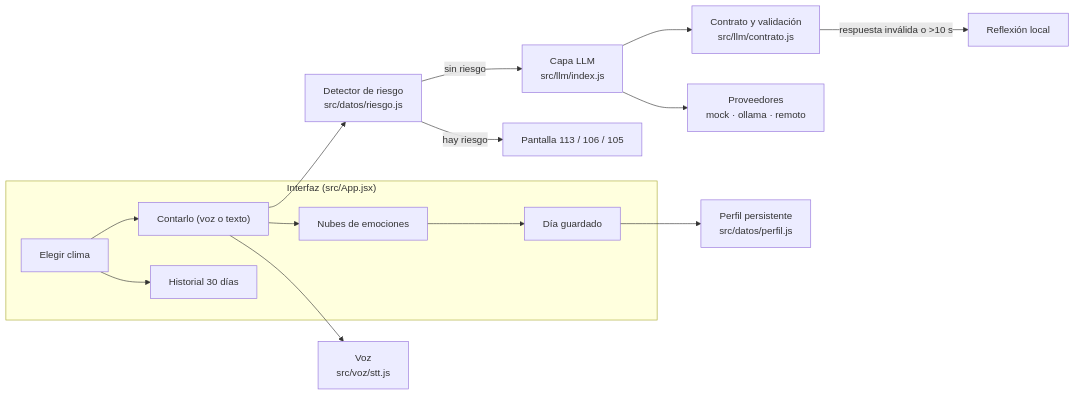
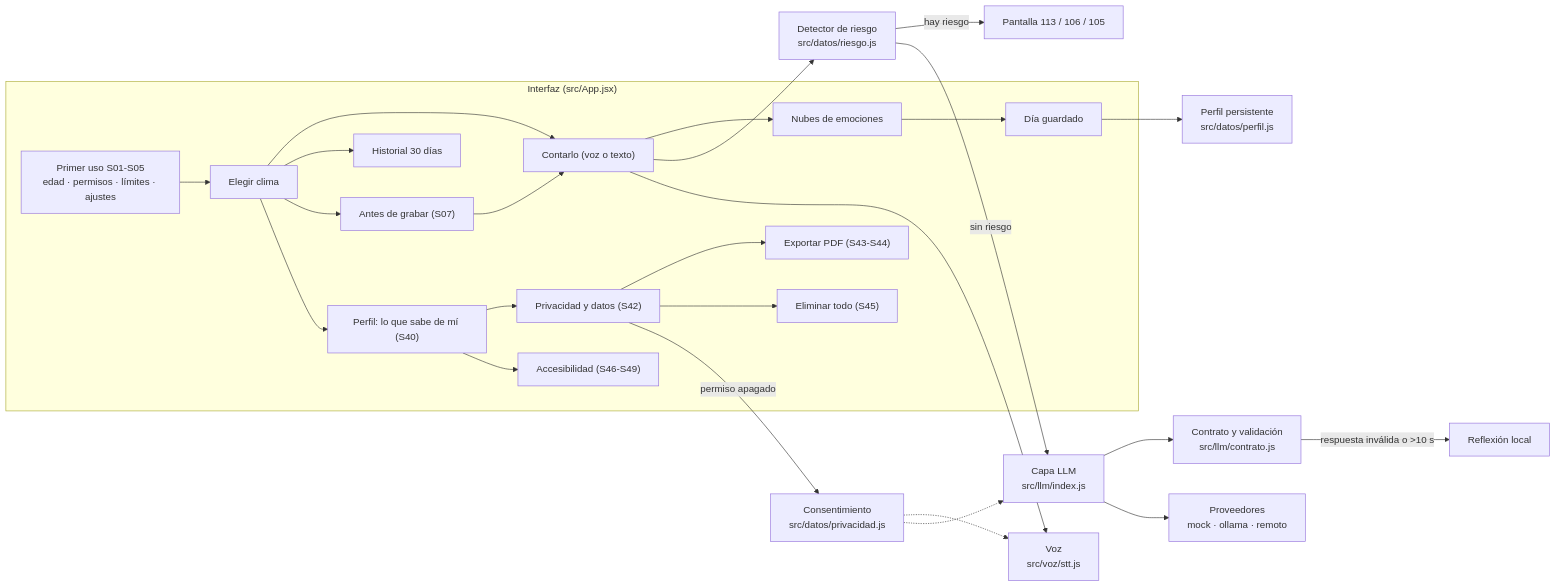
Before and after one commit to Melissa1221/clima-interior: the third of 3 diagrams in docs/arquitectura.md, drawn with Mermaid. The commit also changed other lines of this file and 8 other files, not shown here.

First line of the commit message:
docs: documenta primer uso, privacidad y accesibilidad

````diff
--- a/docs/arquitectura.md
+++ b/docs/arquitectura.md
@@ -59,17 +59,27 @@
 ```mermaid
 flowchart LR
   subgraph UI["Interfaz (src/App.jsx)"]
     inicio["Elegir clima"] --> contar["Contarlo (voz o texto)"]
     contar --> emociones["Nubes de emociones"]
     emociones --> guardado["Día guardado"]
     inicio --> semana["Historial 30 días"]
+    bienvenida["Primer uso S01-S05<br/>edad · permisos · límites · ajustes"] --> inicio
+    inicio --> antes["Antes de grabar (S07)"] --> contar
+    inicio --> miperfil["Perfil: lo que sabe de mí (S40)"]
+    miperfil --> priv["Privacidad y datos (S42)"]
+    priv --> exportar["Exportar PDF (S43-S44)"]
+    priv --> borrar["Eliminar todo (S45)"]
+    miperfil --> acc["Accesibilidad (S46-S49)"]
   end
+  priv -- "permiso apagado" --> consent["Consentimiento<br/>src/datos/privacidad.js"]
+  consent -.-> voz
+  consent -.-> llm
   contar --> riesgo["Detector de riesgo<br/>src/datos/riesgo.js"]
   riesgo -- "hay riesgo" --> crisis["Pantalla 113 / 106 / 105"]
   riesgo -- "sin riesgo" --> llm["Capa LLM<br/>src/llm/index.js"]
   llm --> contrato["Contrato y validación<br/>src/llm/contrato.js"]
   llm --> prov["Proveedores<br/>mock · ollama · remoto"]
   contrato -- "respuesta inválida o >10 s" --> respaldo["Reflexión local"]
   contar --> voz["Voz<br/>src/voz/stt.js"]
   guardado --> perfil["Perfil persistente<br/>src/datos/perfil.js"]
 ```
````
